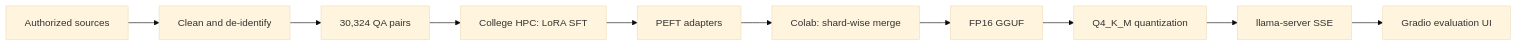
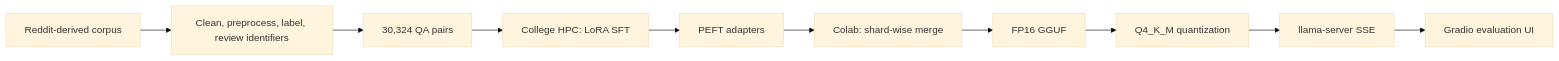
One commit to veerpast/indian-emigration-llm changed the diagram in README.md. Above: the diagram before and after it, drawn with Mermaid (base theme). The commit also changed other lines of this file and 16 other files, not shown here.

````diff
--- a/README.md
+++ b/README.md
@@ -62,12 +65,12 @@
 ```mermaid
 flowchart LR
-    A[Authorized sources] --> B[Clean and de-identify]
+    A[Reddit-derived corpus] --> B[Clean, preprocess, label, review identifiers]
     B --> C[30,324 QA pairs]
     C --> D[College HPC: LoRA SFT]
     D --> E[PEFT adapters]
     E --> F[Colab: shard-wise merge]
     F --> G[FP16 GGUF]
     G --> H[Q4_K_M quantization]
     H --> I[llama-server SSE]
     I --> J[Gradio evaluation UI]
 ```
````
